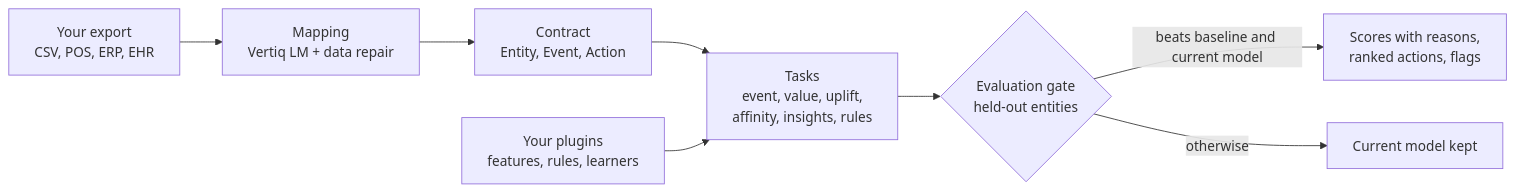
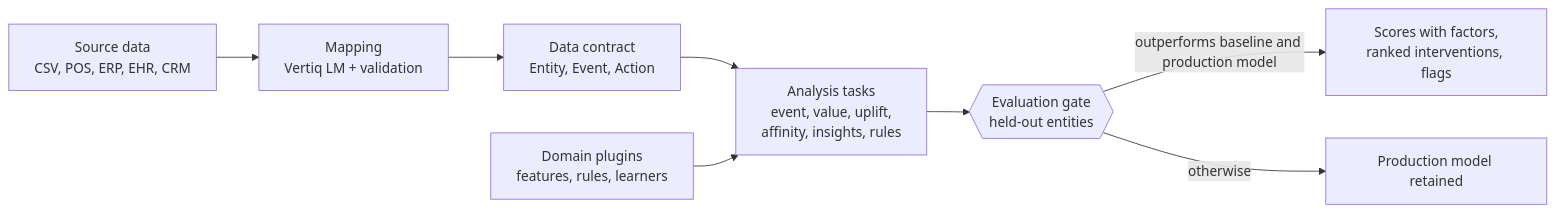
Before and after one commit to BiswajitBiswa/vertiq: the first of 2 diagrams in README.md, drawn with Mermaid. The commit also changed other lines of this file and 39 other files, not shown here.

````diff
--- a/README.md
+++ b/README.md
@@ -47,10 +48,10 @@
 ```mermaid
 flowchart LR
-    A[Your export<br/>CSV, POS, ERP, EHR] --> B[Mapping<br/>Vertiq LM + data repair]
-    B --> C[Contract<br/>Entity, Event, Action]
-    C --> D[Tasks<br/>event, value, uplift,<br/>affinity, insights, rules]
-    P[Your plugins<br/>features, rules, learners] --> D
-    D --> G{Evaluation gate<br/>held-out entities}
-    G -- beats baseline and current model --> R[Scores with reasons,<br/>ranked actions, flags]
-    G -- otherwise --> K[Current model kept]
+    A[Source data<br/>CSV, POS, ERP, EHR, CRM] --> B[Mapping<br/>Vertiq LM + validation]
+    B --> C[Data contract<br/>Entity, Event, Action]
+    C --> D[Analysis tasks<br/>event, value, uplift,<br/>affinity, insights, rules]
+    P[Domain plugins<br/>features, rules, learners] --> D
+    D --> G{{Evaluation gate<br/>held-out entities}}
+    G -- outperforms baseline and production model --> R[Scores with factors,<br/>ranked interventions, flags]
+    G -- otherwise --> K[Production model retained]
 ```
````
